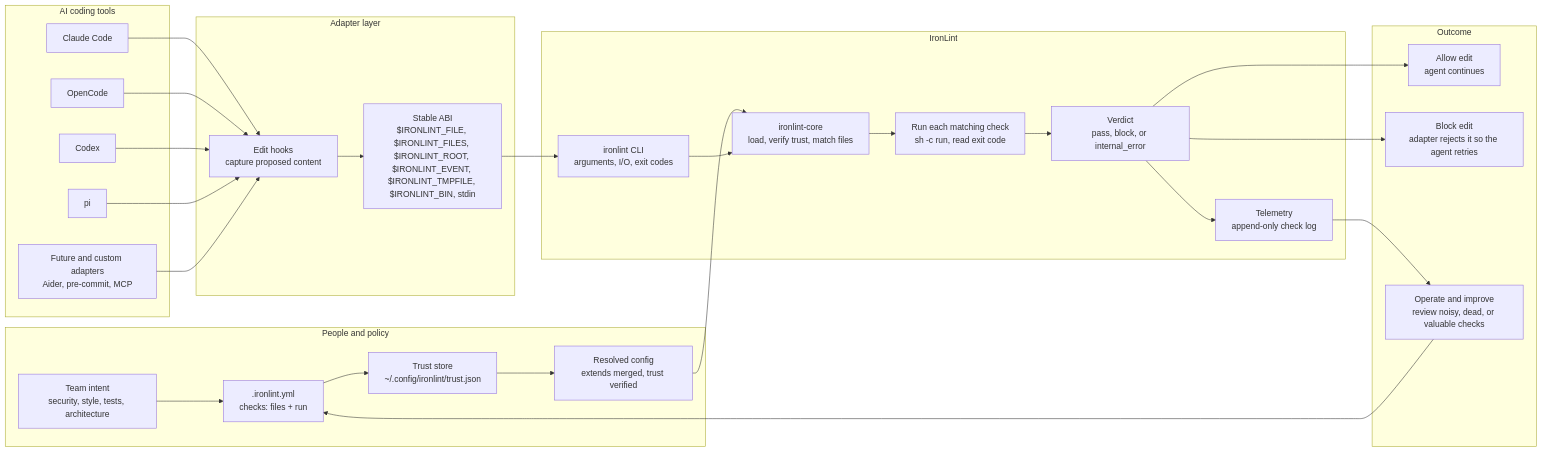
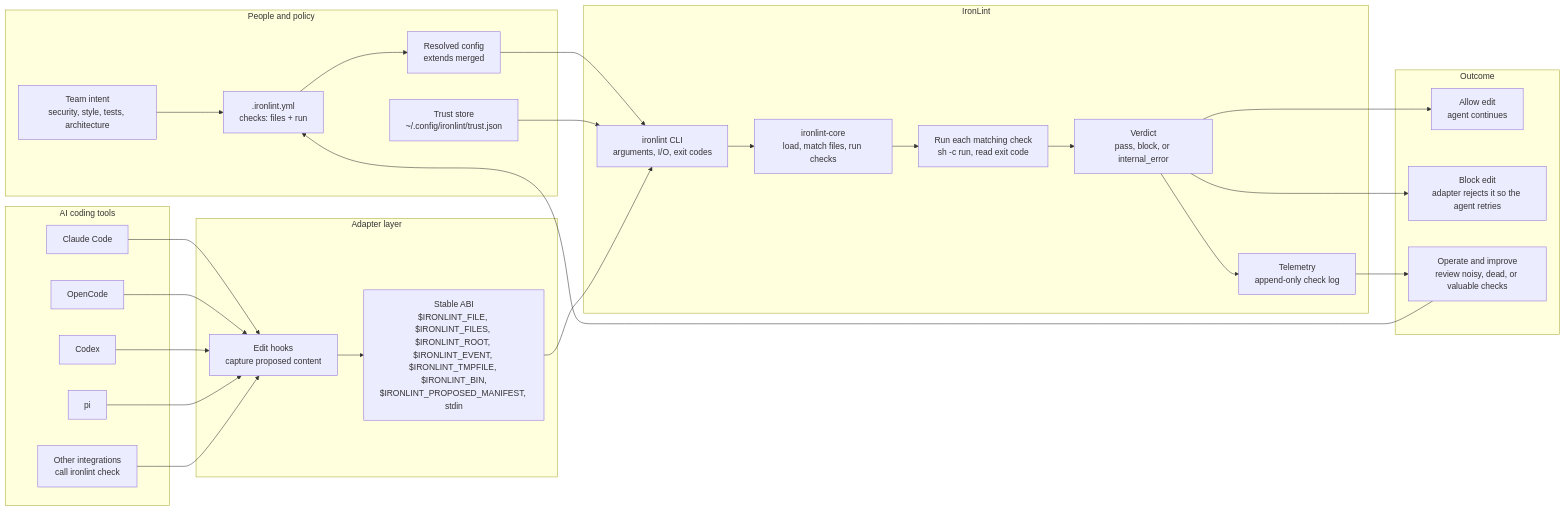
The diagram in docs/architecture.md (christopherarter/ironlint), drawn with Mermaid before and after one commit. The commit also changed other lines of this file and 27 other files, not shown here.

````diff
--- a/docs/architecture.md
+++ b/docs/architecture.md
@@ -5,58 +5,58 @@
 ```mermaid
 flowchart LR
     subgraph People["People and policy"]
         Team["Team intent<br/>security, style, tests, architecture"]
         Config[".ironlint.yml<br/>checks: files + run"]
         Trust["Trust store<br/>~/.config/ironlint/trust.json"]
-        Resolved["Resolved config<br/>extends merged, trust verified"]
+        Resolved["Resolved config<br/>extends merged"]
     end
 
     subgraph Agents["AI coding tools"]
         Claude["Claude Code"]
         OpenCode["OpenCode"]
         Codex["Codex"]
         Pi["pi"]
-        Future["Future and custom adapters<br/>Aider, pre-commit, MCP"]
+        Future["Other integrations<br/>call ironlint check"]
     end
 
     subgraph AdapterLayer["Adapter layer"]
         Hooks["Edit hooks<br/>capture proposed content"]
-        ABI["Stable ABI<br/>$IRONLINT_FILE, $IRONLINT_FILES, $IRONLINT_ROOT, $IRONLINT_EVENT, $IRONLINT_TMPFILE, $IRONLINT_BIN, stdin"]
+        ABI["Stable ABI<br/>$IRONLINT_FILE, $IRONLINT_FILES, $IRONLINT_ROOT, $IRONLINT_EVENT, $IRONLINT_TMPFILE, $IRONLINT_BIN,<br/>$IRONLINT_PROPOSED_MANIFEST, stdin"]
     end
 
     subgraph IronLint["IronLint"]
         CLI["ironlint CLI<br/>arguments, I/O, exit codes"]
-        Core["ironlint-core<br/>load, verify trust, match files"]
+        Core["ironlint-core<br/>load, match files, run checks"]
         Run["Run each matching check<br/>sh -c run, read exit code"]
         Verdict["Verdict<br/>pass, block, or internal_error"]
         Telemetry["Telemetry<br/>append-only check log"]
     end
 
     subgraph Outcome["Outcome"]
         Allow["Allow edit<br/>agent continues"]
         Block["Block edit<br/>adapter rejects it so the agent retries"]
         Audit["Operate and improve<br/>review noisy, dead, or valuable checks"]
     end
 
     Team --> Config
-    Config --> Trust
-    Trust --> Resolved
-    Resolved --> Core
+    Config --> Resolved
+    Resolved --> CLI
+    Trust --> CLI
 
     Claude --> Hooks
     OpenCode --> Hooks
     Codex --> Hooks
     Pi --> Hooks
     Future --> Hooks
     Hooks --> ABI
     ABI --> CLI
     CLI --> Core
 
     Core --> Run
     Run --> Verdict
     Verdict --> Telemetry
     Verdict --> Allow
     Verdict --> Block
     Telemetry --> Audit
     Audit --> Config
 ```
````
